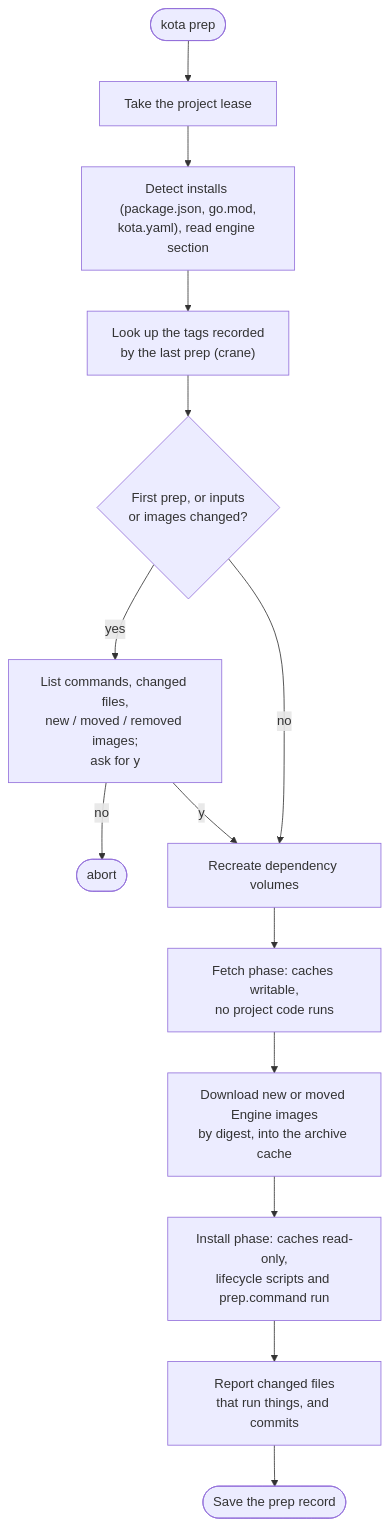
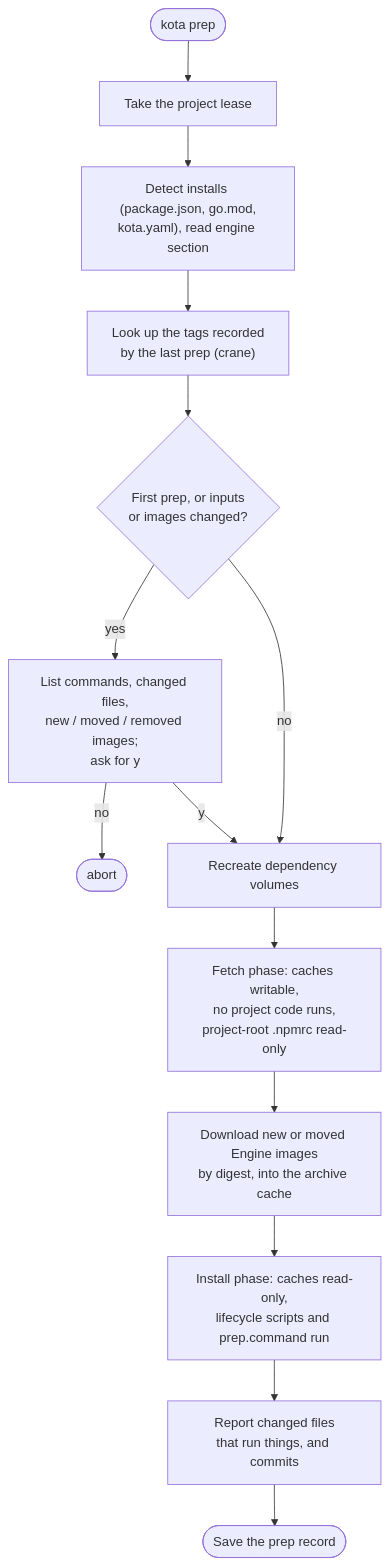
The fourth of 5 diagrams in docs/architecture.md (cyky/kota), drawn with Mermaid before and after one commit. The commit also changed other lines of this file and 1 other file, not shown here.

First line of the commit message:
docs: bring architecture and engine-vm up to date with the relay

````diff
--- a/docs/architecture.md
+++ b/docs/architecture.md
@@ -102,16 +102,16 @@
 ```mermaid
 flowchart TD
     start(["kota prep"]) --> lease["Take the project lease"]
     lease --> plan["Detect installs (package.json, go.mod,<br/>kota.yaml), read engine section"]
     plan --> images["Look up the tags recorded<br/>by the last prep (crane)"]
     images --> gate{"First prep, or inputs<br/>or images changed?"}
     gate -- "yes" --> ask["List commands, changed files,<br/>new / moved / removed images;<br/>ask for y"]
     ask -- "no" --> abort(["abort"])
     gate -- "no" --> vols
     ask -- "y" --> vols["Recreate dependency volumes"]
-    vols --> fetch["Fetch phase: caches writable,<br/>no project code runs"]
+    vols --> fetch["Fetch phase: caches writable,<br/>no project code runs,<br/>project-root .npmrc read-only"]
     fetch --> eimg["Download new or moved Engine images<br/>by digest, into the archive cache"]
     eimg --> install["Install phase: caches read-only,<br/>lifecycle scripts and prep.command run"]
     install --> report["Report changed files<br/>that run things, and commits"]
     report --> record(["Save the prep record"])
 ```
````
